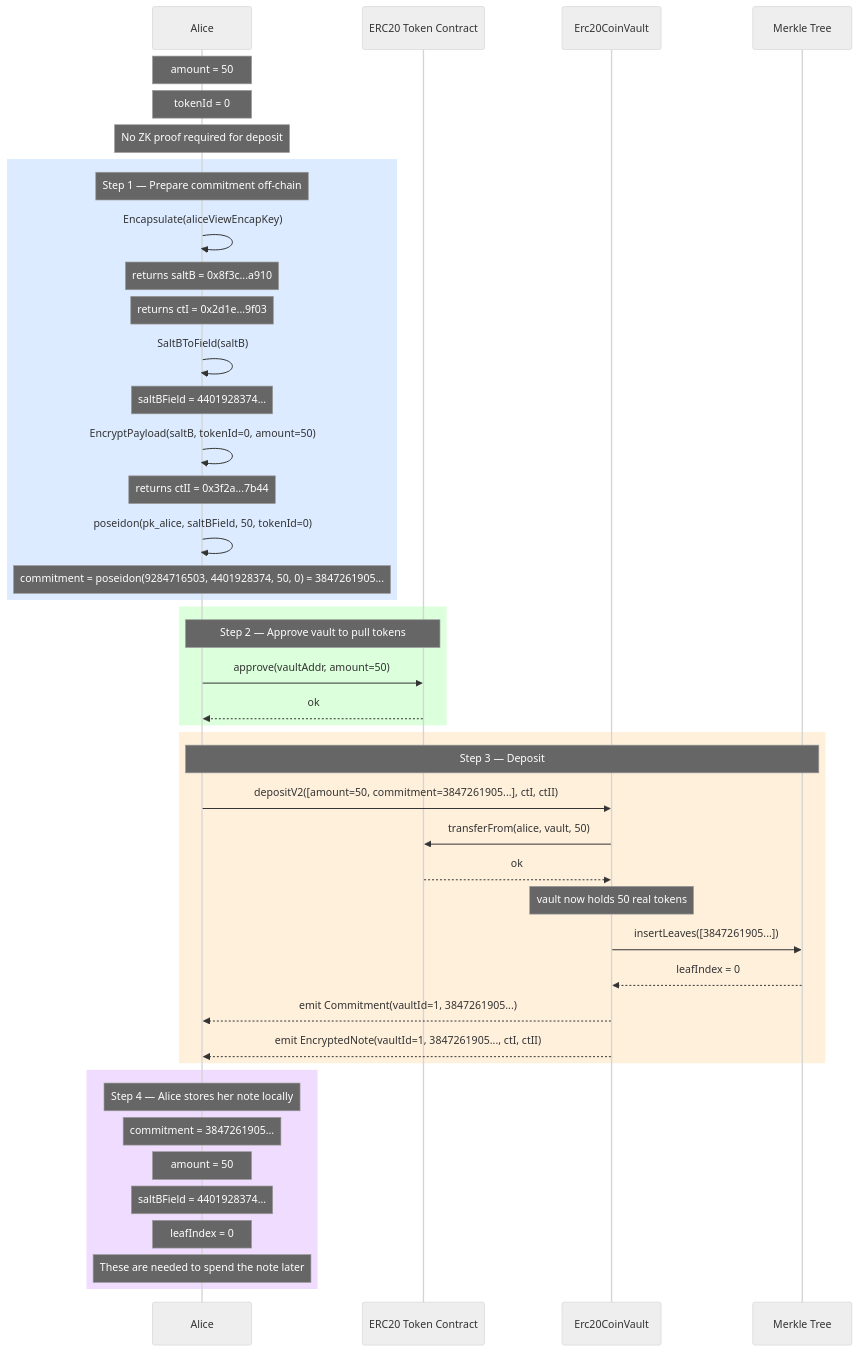
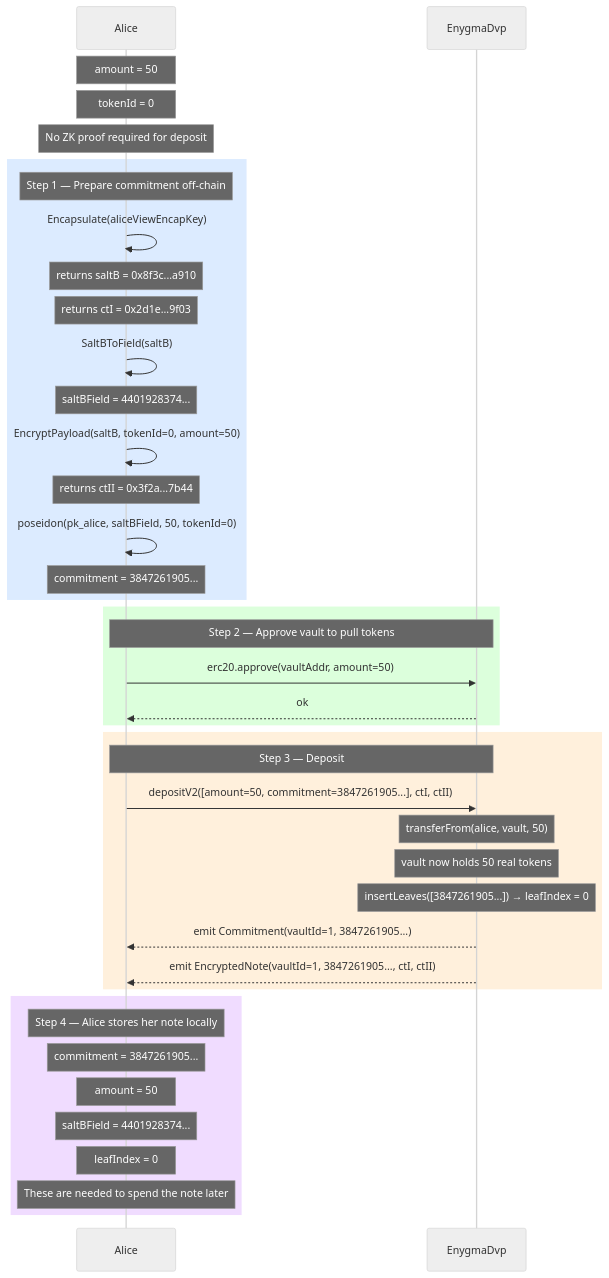
One commit to yaksetig/Enygma changed the diagram in enygma_dvp/docs/flows/01_deposit.md. Above: the diagram before and after it, drawn with Mermaid (neutral theme). The commit also changed other lines of this file, not shown here.

Commit message:
change in flow 01

````diff
--- a/enygma_dvp/docs/flows/01_deposit.md
+++ b/enygma_dvp/docs/flows/01_deposit.md
@@ -27,61 +25,54 @@
 ```mermaid
 sequenceDiagram
     participant Alice
-    participant ERC20 as ERC20 Token Contract
-    participant Vault as Erc20CoinVault
-    participant Tree as Merkle Tree
+    participant DVP as EnygmaDvp
 
     Note over Alice: amount = 50
     Note over Alice: tokenId = 0
     Note over Alice: No ZK proof required for deposit
 
     rect rgb(220, 235, 255)
         Note over Alice: Step 1 — Prepare commitment off-chain
 
         Alice->>Alice: Encapsulate(aliceViewEncapKey)
         Note over Alice: returns saltB = 0x8f3c...a910
         Note over Alice: returns ctI   = 0x2d1e...9f03
 
         Alice->>Alice: SaltBToField(saltB)
         Note over Alice: saltBField = 4401928374...
 
         Alice->>Alice: EncryptPayload(saltB, tokenId=0, amount=50)
         Note over Alice: returns ctII = 0x3f2a...7b44
 
         Alice->>Alice: poseidon(pk_alice, saltBField, 50, tokenId=0)
-        Note over Alice: commitment = poseidon(9284716503, 4401928374, 50, 0) = 3847261905...
-
+        Note over Alice: commitment = 3847261905...
     end
 
     rect rgb(220, 255, 220)
-        Note over Alice,ERC20: Step 2 — Approve vault to pull tokens
+        Note over Alice,DVP: Step 2 — Approve vault to pull tokens
 
-        Alice->>ERC20: approve(vaultAddr, amount=50)
-        ERC20-->>Alice: ok
+        Alice->>DVP: erc20.approve(vaultAddr, amount=50)
+        DVP-->>Alice: ok
     end
 
     rect rgb(255, 240, 220)
-        Note over Alice,Tree: Step 3 — Deposit
+        Note over Alice,DVP: Step 3 — Deposit
 
-        Alice->>Vault: depositV2([amount=50, commitment=3847261905...], ctI, ctII)
+        Alice->>DVP: depositV2([amount=50, commitment=3847261905...], ctI, ctII)
+        Note over DVP: transferFrom(alice, vault, 50)
+        Note over DVP: vault now holds 50 real tokens
+        Note over DVP: insertLeaves([3847261905...]) → leafIndex = 0
 
-        Vault->>ERC20: transferFrom(alice, vault, 50)
-        ERC20-->>Vault: ok
-        Note over Vault: vault now holds 50 real tokens
-
-        Vault->>Tree: insertLeaves([3847261905...])
-        Tree-->>Vault: leafIndex = 0
-
-        Vault-->>Alice: emit Commitment(vaultId=1, 3847261905...)
-        Vault-->>Alice: emit EncryptedNote(vaultId=1, 3847261905..., ctI, ctII)
+        DVP-->>Alice: emit Commitment(vaultId=1, 3847261905...)
+        DVP-->>Alice: emit EncryptedNote(vaultId=1, 3847261905..., ctI, ctII)
     end
 
     rect rgb(240, 220, 255)
         Note over Alice: Step 4 — Alice stores her note locally
         Note over Alice: commitment = 3847261905...
         Note over Alice: amount     = 50
         Note over Alice: saltBField = 4401928374...
         Note over Alice: leafIndex  = 0
         Note over Alice: These are needed to spend the note later
     end
 ```
````
